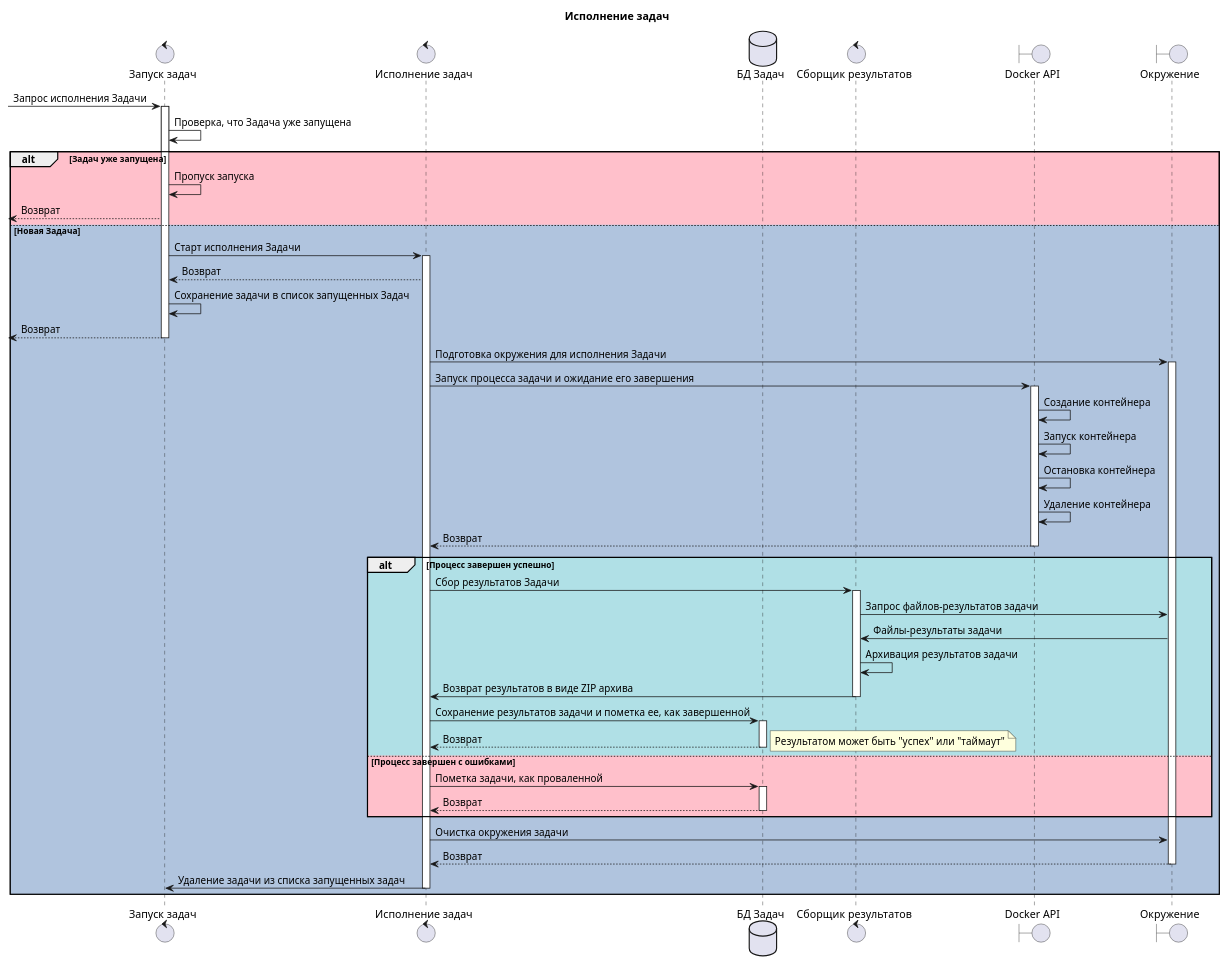
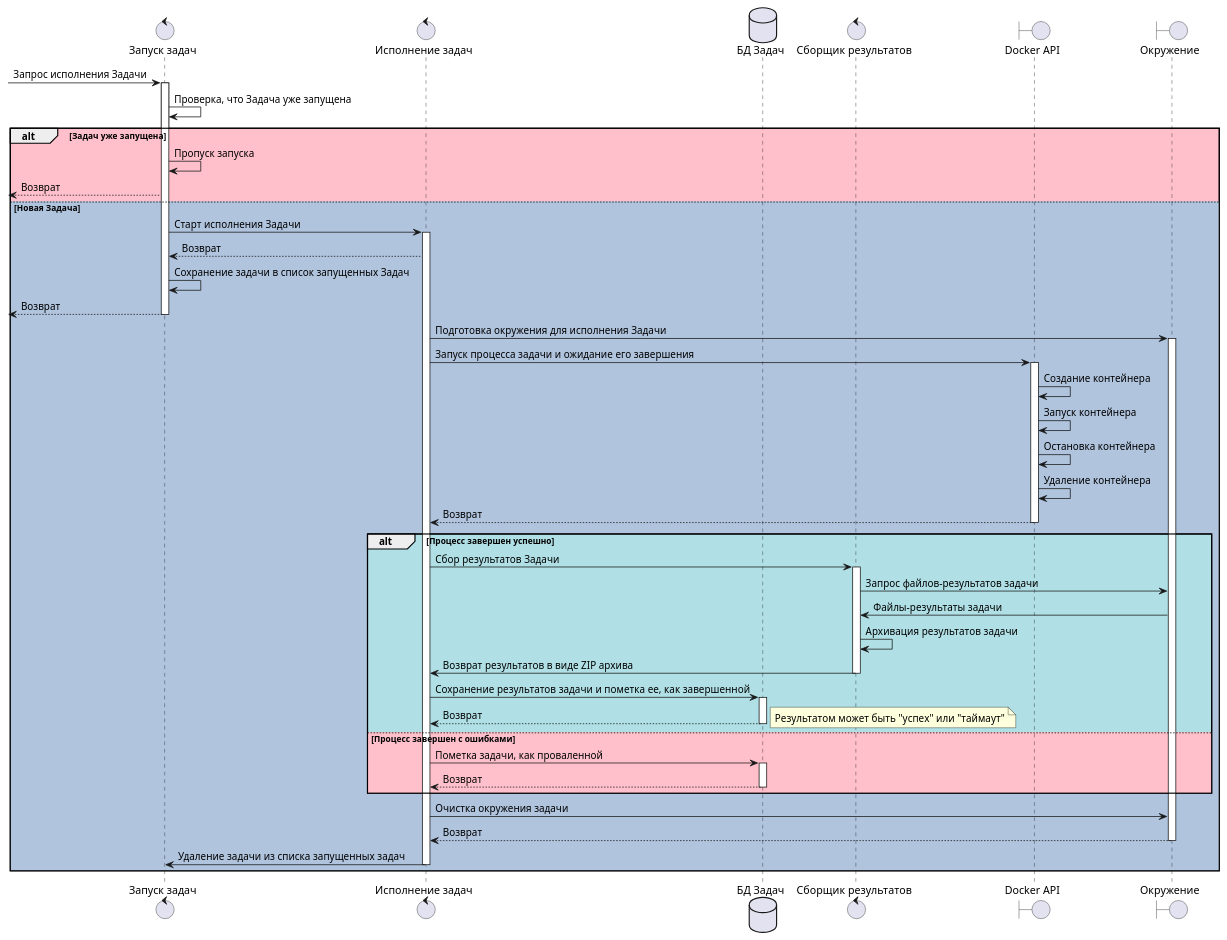
The second of 2 diagrams in docs/diagrams/sequence/Job.Worker.puml (mrypdm/JobSystem), drawn with PlantUML before and after one commit. The commit also changed other lines of this file and 19 other files, not shown here.

```diff
--- a/docs/diagrams/sequence/Job.Worker.puml
+++ b/docs/diagrams/sequence/Job.Worker.puml
@@ -71,62 +69,60 @@
 @startuml Job runner
-
-title Исполнение задач
 
 control "Запуск задач" as STARTER
 control "Исполнение задач" as RUNNER
 database "БД Задач" as DB
 control "Сборщик результатов" as COLLECTOR
 boundary "Docker API" as DOCKER
 boundary "Окружение" as ENV
 
 [-> STARTER++: Запрос исполнения Задачи
 STARTER -> STARTER: Проверка, что Задача уже запущена
 
 alt #Pink Задач уже запущена
 
     STARTER -> STARTER: Пропуск запуска
     STARTER -->[: Возврат
 
 else #LightSteelBlue Новая Задача
 
     STARTER -> RUNNER++: Cтарт исполнения Задачи
     RUNNER --> STARTER: Возврат
     STARTER -> STARTER: Сохранение задачи в список запущенных Задач
     STARTER -->[--: Возврат
 
     RUNNER -> ENV++: Подготовка окружения для исполнения Задачи
 
     RUNNER -> DOCKER++: Запуск процесса задачи и ожидание его завершения
     DOCKER -> DOCKER: Создание контейнера
     DOCKER -> DOCKER: Запуск контейнера
     DOCKER -> DOCKER: Остановка контейнера
     DOCKER -> DOCKER: Удаление контейнера
     DOCKER --> RUNNER--: Возврат
 
     alt #PowderBlue Процесс завершен успешно
 
         RUNNER -> COLLECTOR++: Сбор результатов Задачи
         COLLECTOR -> ENV: Запрос файлов-результатов задачи
         ENV -> COLLECTOR: Файлы-результаты задачи
         COLLECTOR -> COLLECTOR: Архивация результатов задачи
         COLLECTOR -> RUNNER--: Возврат результатов в виде ZIP архива
 
         RUNNER -> DB++: Сохранение результатов задачи и пометка ее, как завершенной
         DB --> RUNNER--: Возврат
         note right: Результатом может быть "успех" или "таймаут"
 
     else #Pink Процесс завершен с ошибками
 
         RUNNER -> DB++: Пометка задачи, как проваленной
         DB --> RUNNER--: Возврат
 
     end
 
     RUNNER -> ENV: Очистка окружения задачи
     ENV --> RUNNER--: Возврат
 
     RUNNER -> STARTER--: Удаление задачи из списка запущенных задач
 
 end
 
 @enduml
```
